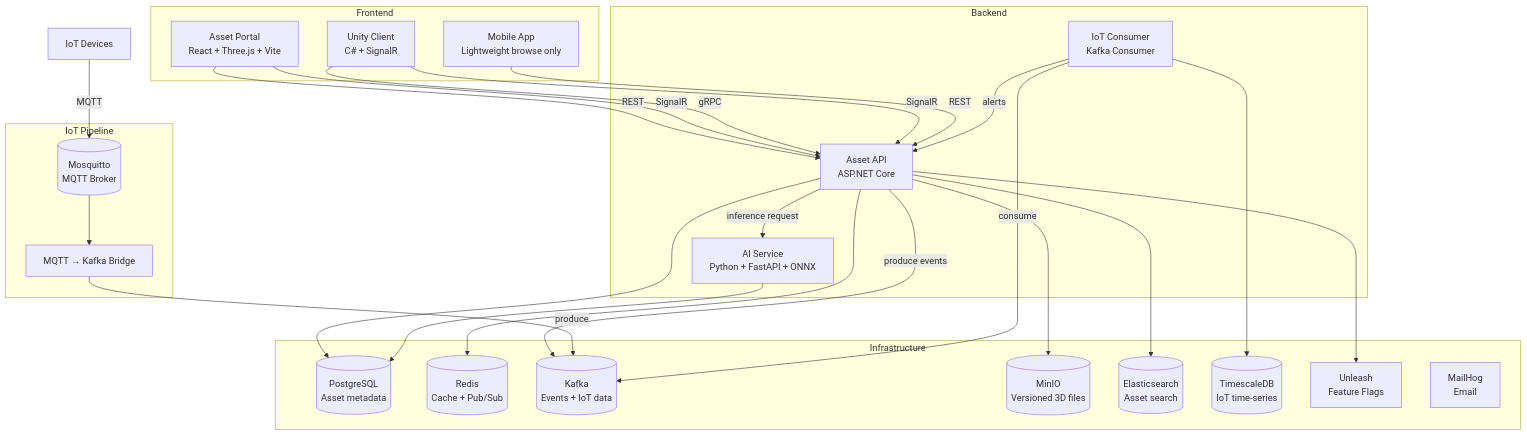
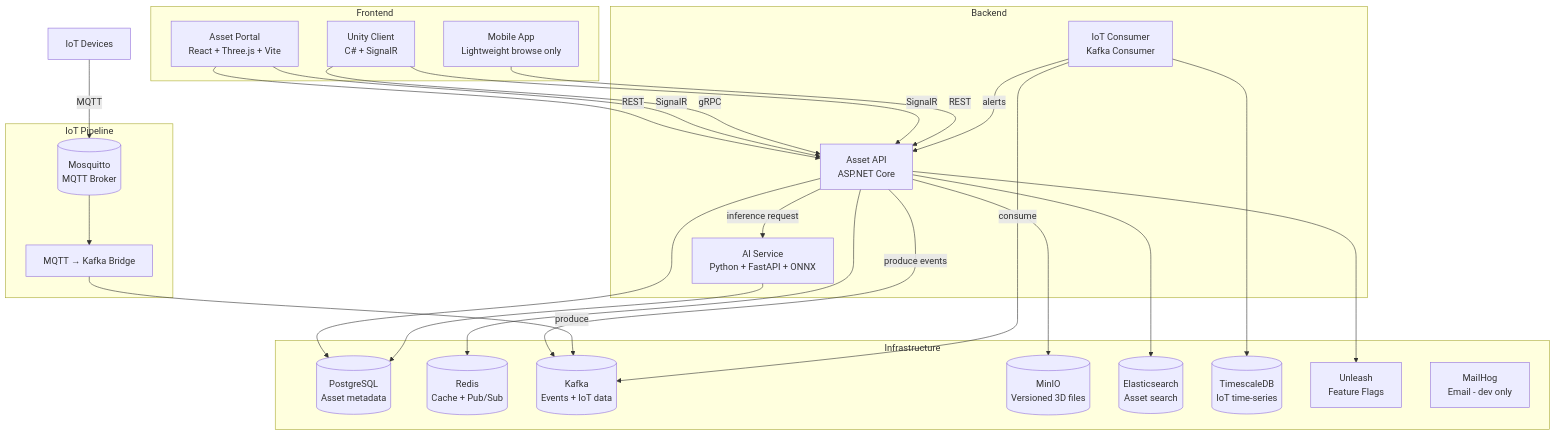
The second of 10 diagrams in 3d_asset_collaboration/docs/system_architecture.md (Eyolf6Coyote7/Eyolf6Coyote7), drawn with Mermaid before and after one commit. The commit also changed other lines of this file, not shown here.

First line of the commit message:
🎨style#48: apply Gemini review fixes (10 items) for 3D Asset Architecture

````diff
--- a/3d_asset_collaboration/docs/system_architecture.md
+++ b/3d_asset_collaboration/docs/system_architecture.md
@@ -22,50 +22,50 @@
 ```mermaid
 graph TD
   subgraph "Frontend"
     PORTAL[Asset Portal<br/>React + Three.js + Vite]
     UNITY[Unity Client<br/>C# + SignalR]
     MOBILE[Mobile App<br/>Lightweight browse only]
   end
 
   subgraph "Backend"
     API[Asset API<br/>ASP.NET Core]
     AI_SVC[AI Service<br/>Python + FastAPI + ONNX]
     IOT_C[IoT Consumer<br/>Kafka Consumer]
   end
 
   subgraph "IoT Pipeline"
     MQTT[(Mosquitto<br/>MQTT Broker)]
     BRIDGE[MQTT → Kafka Bridge]
   end
 
   subgraph "Infrastructure"
     PG[(PostgreSQL<br/>Asset metadata)]
     RD[(Redis<br/>Cache + Pub/Sub)]
     KF[(Kafka<br/>Events + IoT data)]
     MIO[(MinIO<br/>Versioned 3D files)]
     ES[(Elasticsearch<br/>Asset search)]
     TS[(TimescaleDB<br/>IoT time-series)]
     UL[Unleash<br/>Feature Flags]
-    MH[MailHog<br/>Email]
+    MH[MailHog<br/>Email - dev only]
   end
 
   PORTAL -->|REST| API
   PORTAL -->|SignalR| API
   UNITY -->|gRPC| API
   UNITY -->|SignalR| API
   MOBILE -->|REST| API
   API --> PG
   API --> RD
   API --> MIO
   API --> ES
   API --> UL
   API -->|produce events| KF
   API -->|inference request| AI_SVC
   AI_SVC --> PG
   IOT[IoT Devices] -->|MQTT| MQTT
   MQTT --> BRIDGE
   BRIDGE -->|produce| KF
   IOT_C -->|consume| KF
   IOT_C --> TS
   IOT_C -->|alerts| API
 ```
````
